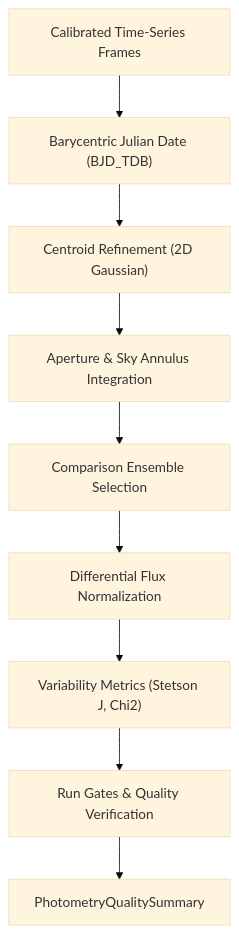
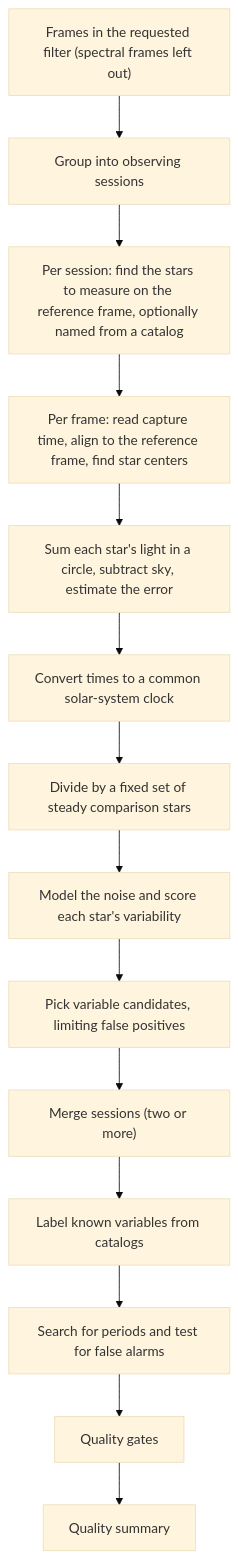
The diagram in documentation/library_design/pipelines/photometry.md (m1chae2/astrometrics), drawn with Mermaid (base theme) before and after one commit. The commit also changed other lines of this file and 281 other files, not shown here.

````diff
--- a/documentation/library_design/pipelines/photometry.md
+++ b/documentation/library_design/pipelines/photometry.md
@@ -20,11 +27,16 @@
 ```mermaid
 flowchart TD
-    A["Calibrated Time-Series Frames"] --> B["Barycentric Julian Date (BJD_TDB)"]
-    B --> C["Centroid Refinement (2D Gaussian)"]
-    C --> D["Aperture & Sky Annulus Integration"]
-    D --> E["Comparison Ensemble Selection"]
-    E --> F["Differential Flux Normalization"]
-    F --> G["Variability Metrics (Stetson J, Chi2)"]
-    G --> H["Run Gates & Quality Verification"]
-    H --> I["PhotometryQualitySummary"]
+    A["Frames in the requested filter (spectral frames left out)"] --> B["Group into observing sessions"]
+    B --> C["Per session: find the stars to measure on the reference frame, optionally named from a catalog"]
+    C --> D["Per frame: read capture time, align to the reference frame, find star centers"]
+    D --> E["Sum each star's light in a circle, subtract sky, estimate the error"]
+    E --> F["Convert times to a common solar-system clock"]
+    F --> G["Divide by a fixed set of steady comparison stars"]
+    G --> H["Model the noise and score each star's variability"]
+    H --> I["Pick variable candidates, limiting false positives"]
+    I --> J["Merge sessions (two or more)"]
+    J --> K["Label known variables from catalogs"]
+    K --> L["Search for periods and test for false alarms"]
+    L --> M["Quality gates"]
+    M --> N["Quality summary"]
 ```
````
